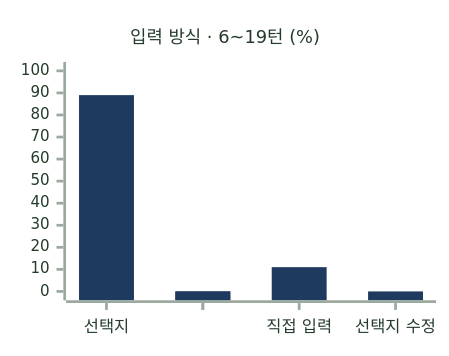
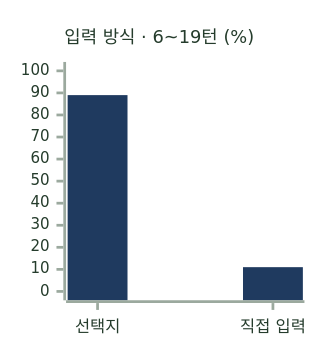
One commit to KIM-N-KANG/knk-harness changed the tenth of 16 diagrams in docs/AI/CHAT/6-4-AI-EVALUATION-METHOD.md. Above: the diagram before and after it, drawn with Mermaid. The commit also changed other lines of this file, not shown here.

````diff
--- a/docs/AI/CHAT/6-4-AI-EVALUATION-METHOD.md
+++ b/docs/AI/CHAT/6-4-AI-EVALUATION-METHOD.md
@@ -179,8 +179,8 @@
 ```mermaid
-%%{init: {"theme": "base", "xyChart": {"width": 308, "height": 240, "titleFontSize": 13, "xAxis": {"labelFontSize": 12}, "yAxis": {"labelFontSize": 11, "showTitle": false}}, "themeVariables": {"xyChart": {"backgroundColor": "#FFFFFF", "titleColor": "#253C2C", "xAxisLabelColor": "#253C2C", "xAxisLineColor": "#9BA99E", "xAxisTickColor": "#9BA99E", "yAxisLabelColor": "#253C2C", "yAxisLineColor": "#9BA99E", "yAxisTickColor": "#9BA99E", "plotColorPalette": "#1F3A5F"}}}}%%
+%%{init: {"theme": "base", "xyChart": {"width": 212, "height": 240, "titleFontSize": 13, "xAxis": {"labelFontSize": 12}, "yAxis": {"labelFontSize": 11, "showTitle": false}}, "themeVariables": {"xyChart": {"backgroundColor": "#FFFFFF", "titleColor": "#253C2C", "xAxisLabelColor": "#253C2C", "xAxisLineColor": "#9BA99E", "xAxisTickColor": "#9BA99E", "yAxisLabelColor": "#253C2C", "yAxisLineColor": "#9BA99E", "yAxisTickColor": "#9BA99E", "plotColorPalette": "#1F3A5F"}}}}%%
 xychart-beta
     title "입력 방식 · 6~19턴 (%)"
-    x-axis ["선택지", " ", "직접 입력", "  ", "선택지 수정"]
+    x-axis ["선택지", "직접 입력"]
     y-axis 0 --> 100
-    bar [89, 0, 11, 0, 0]
+    bar [89, 11]
 ```
````
